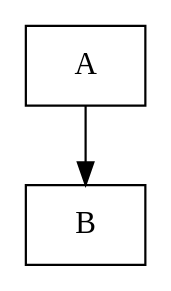
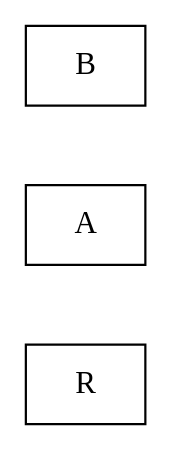
Before and after one commit to bwtian/learnRviaCode: the diagram in R/R2Tex.org, drawn with Graphviz. The commit also changed other lines of this file and 1 other file, not shown here.

Commit message:
- ‘R/.#R2Tex.org’ / ‘R/R2Tex.org’

```diff
--- a/R/R2Tex.org
+++ b/R/R2Tex.org
@@ -4,19 +4,20 @@
 #+BEGIN_SRC dot :file ./r2tex.svg
 digraph {
 rankdir=LR;
 fontname="Times";
 fontsize = 12;
 splines = false;
 ranksep = 0.5;
 nodesep = 0.5;
 edge[constraint=false];
 node [shape = box]
 //1. set node
+R [label = "R"]
 
 //2. set path
 
-A -> B
+
 //3. set rank
 {rank = same; A, B}
 }
 #+END_SRC
```
